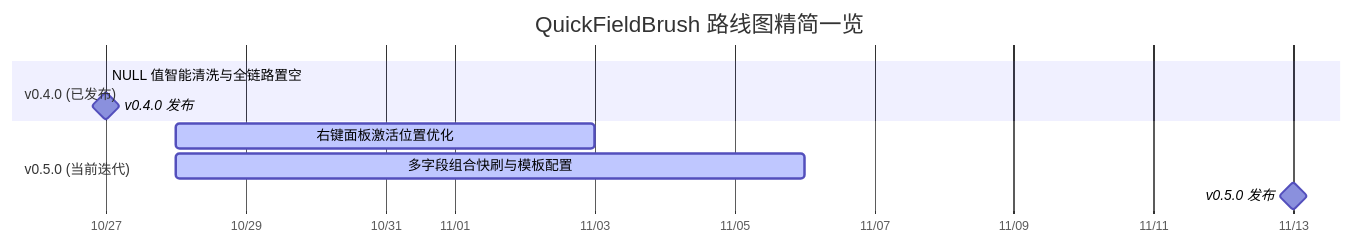
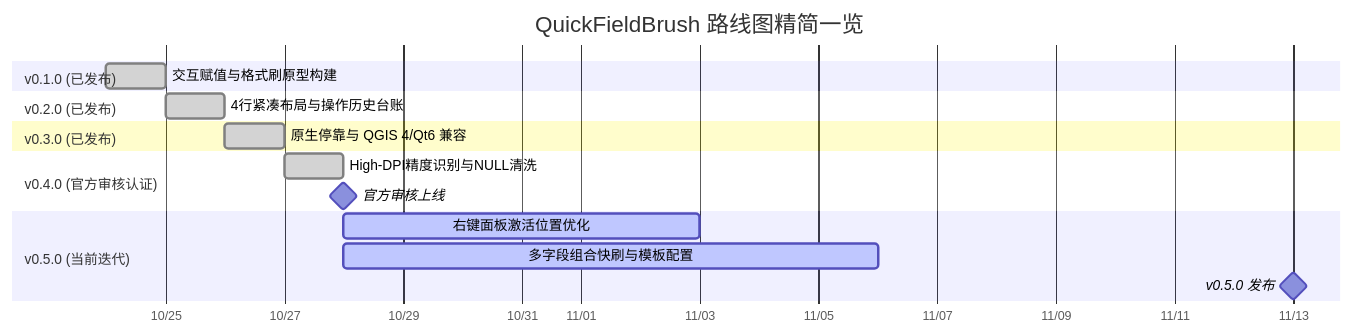
Before and after one commit to OpenQGIS/QuickFieldBrush: the diagram in README.md, drawn with Mermaid. The commit also changed other lines of this file and 2 other files, not shown here.

Commit message:
docs: update approved status badge, plugin homepage and complete full roadmap

````diff
--- a/README.md
+++ b/README.md
@@ -48,16 +52,25 @@
 ```mermaid
 gantt
     title QuickFieldBrush 路线图精简一览
     dateFormat  YYYY-MM-DD
     axisFormat  %m/%d
     todayMarker stroke-width:2px,stroke:#2563EB,opacity:0.8
 
-    section v0.4.0 (已发布)
-    NULL 值智能清洗与全链路置空   :done,    t2, 2026-10-27, 2026-10-27
-    v0.4.0 发布                   :milestone, m2, 2026-10-27, 0d
+    section v0.1.0 (已发布)
+    交互赋值与格式刷原型构建     :done,    t0, 2026-10-24, 2026-10-25
+
+    section v0.2.0 (已发布)
+    4行紧凑布局与操作历史台账   :done,    t1, 2026-10-25, 2026-10-26
+
+    section v0.3.0 (已发布)
+    原生停靠与 QGIS 4/Qt6 兼容  :done,    t2, 2026-10-26, 2026-10-27
+
+    section v0.4.0 (官方审核认证)
+    High-DPI精度识别与NULL清洗 :done,    t3, 2026-10-27, 2026-10-28
+    官方审核上线                :milestone, m3, 2026-10-28, 0d
 
     section v0.5.0 (当前迭代)
-    右键面板激活位置优化         :active,  t3, 2026-10-28, 2026-11-03
-    多字段组合快刷与模板配置      :active,  t4, 2026-10-28, 2026-11-06
-    v0.5.0 发布                   :milestone, m3, 2026-11-13, 0d
+    右键面板激活位置优化       :active,  t4, 2026-10-28, 2026-11-03
+    多字段组合快刷与模板配置    :active,  t5, 2026-10-28, 2026-11-06
+    v0.5.0 发布                 :milestone, m4, 2026-11-13, 0d
 ```
````
